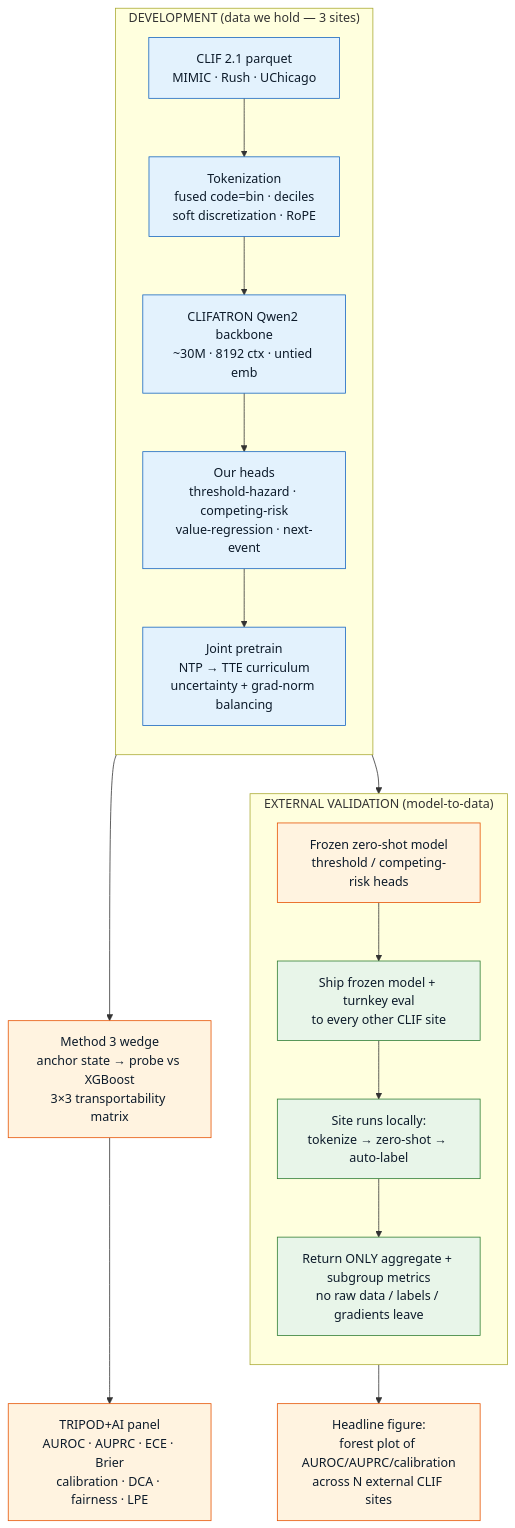
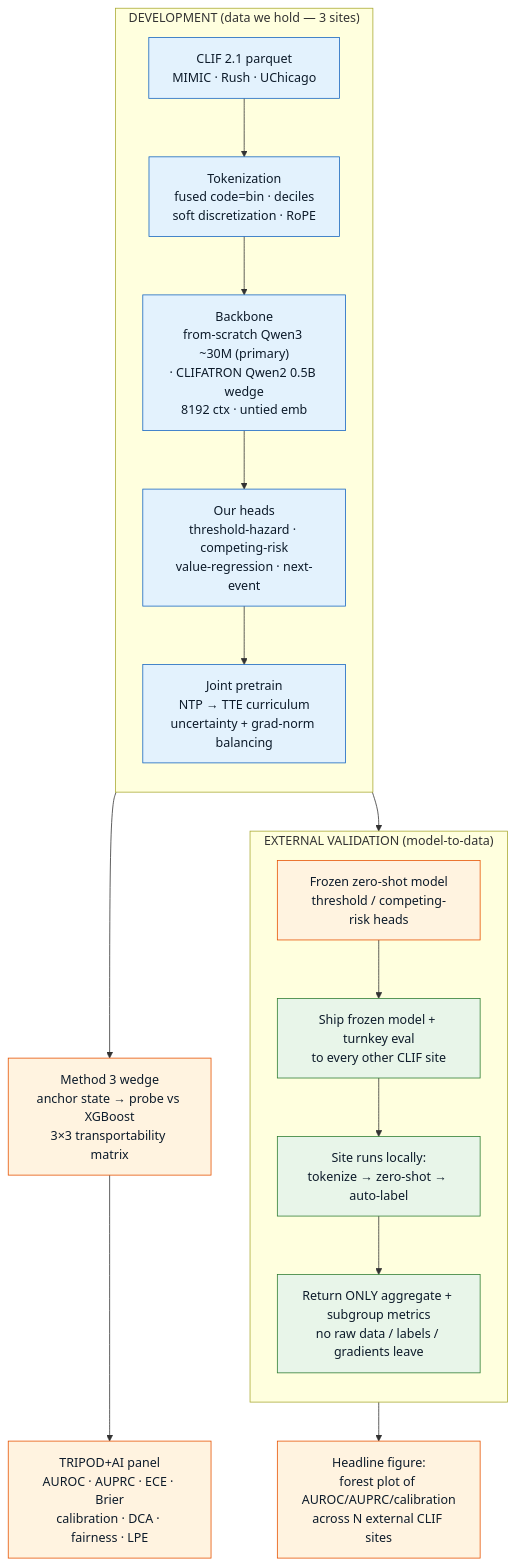
One commit to sajor2000/clifatron2.0 changed the first of 4 diagrams in website/docs/overview.md. Above: the diagram before and after it, drawn with Mermaid. The commit also changed other lines of this file and 9 other files, not shown here.

````diff
--- a/website/docs/overview.md
+++ b/website/docs/overview.md
@@ -41,30 +41,30 @@
 ```mermaid
 flowchart TB
     subgraph DEV["DEVELOPMENT (data we hold — 3 sites)"]
         direction TB
         A["CLIF 2.1 parquet<br/>MIMIC · Rush · UChicago"] --> B["Tokenization<br/>fused code=bin · deciles<br/>soft discretization · RoPE"]
-        B --> C["CLIFATRON Qwen2 backbone<br/>~30M · 8192 ctx · untied emb"]
+        B --> C["Backbone<br/>from-scratch Qwen3 ~30M (primary)<br/>· CLIFATRON Qwen2 0.5B wedge<br/>8192 ctx · untied emb"]
         C --> D["Our heads<br/>threshold-hazard · competing-risk<br/>value-regression · next-event"]
         D --> E["Joint pretrain<br/>NTP → TTE curriculum<br/>uncertainty + grad-norm balancing"]
     end
 
     E --> F["Method 3 wedge<br/>anchor state → probe vs XGBoost<br/>3×3 transportability matrix"]
     E --> G["Frozen zero-shot model<br/>threshold / competing-risk heads"]
 
     subgraph EXT["EXTERNAL VALIDATION (model-to-data)"]
         direction TB
         G --> H["Ship frozen model + turnkey eval<br/>to every other CLIF site"]
         H --> I["Site runs locally:<br/>tokenize → zero-shot → auto-label"]
         I --> J["Return ONLY aggregate + subgroup metrics<br/>no raw data / labels / gradients leave"]
     end
 
     F --> K["TRIPOD+AI panel<br/>AUROC · AUPRC · ECE · Brier<br/>calibration · DCA · fairness · LPE"]
     J --> L["Headline figure:<br/>forest plot of AUROC/AUPRC/calibration<br/>across N external CLIF sites"]
 
     classDef dev fill:#e3f2fd,stroke:#1565c0,color:#0d1b2a;
     classDef ext fill:#e8f5e9,stroke:#2e7d32,color:#0d1b2a;
     classDef out fill:#fff3e0,stroke:#e65100,color:#0d1b2a;
     class A,B,C,D,E dev;
     class H,I,J ext;
     class F,G,K,L out;
 ```
````
